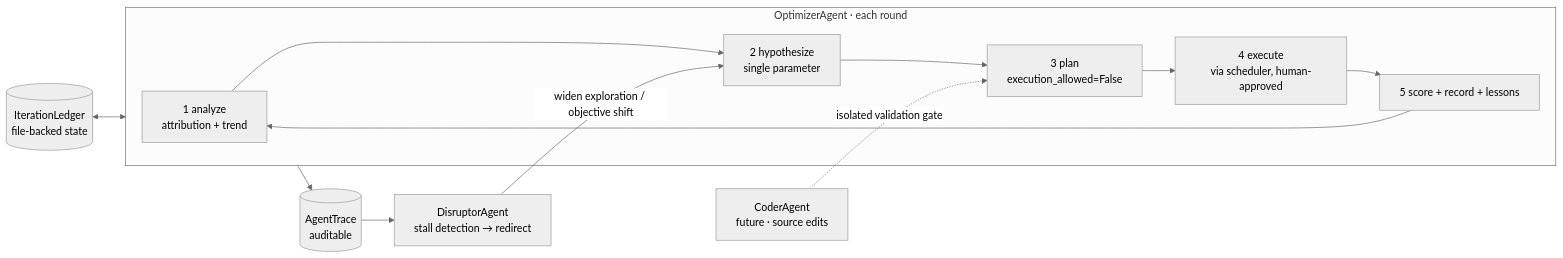
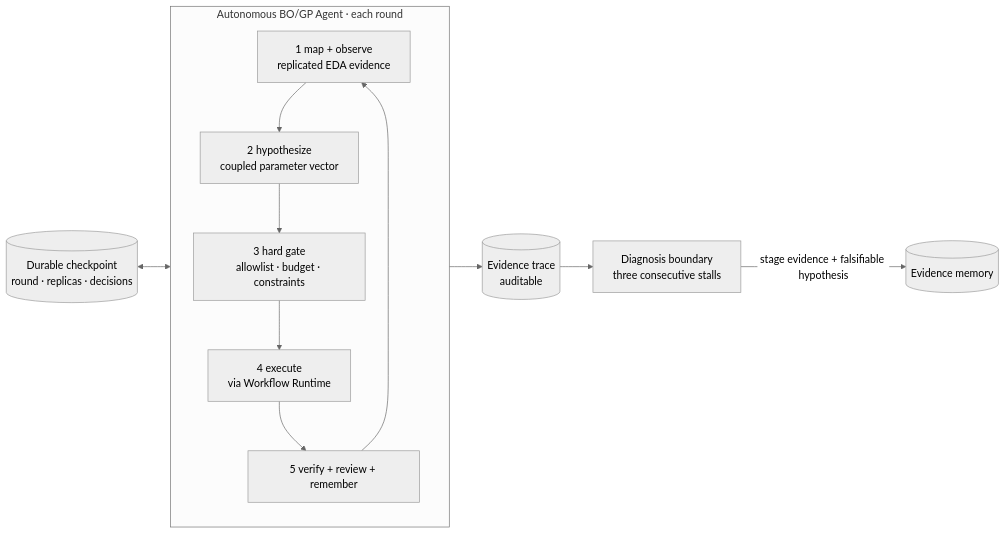
The second of 2 diagrams in README.md (yuan-fd/ChipEvolve), drawn with Mermaid (neutral theme) before and after one commit. The commit also changed other lines of this file and 109 other files, not shown here.

````diff
--- a/README.md
+++ b/README.md
@@ -53,15 +51,14 @@
 ```mermaid
 graph LR
-    subgraph Optimizer[OptimizerAgent · each round]
-        A1[1 analyze<br/>attribution + trend] --> A2[2 hypothesize<br/>single parameter]
-        A2 --> A3[3 plan<br/>execution_allowed=False]
-        A3 --> A4[4 execute<br/>via scheduler, human-approved]
-        A4 --> A5[5 score + record + lessons]
+    subgraph Optimizer[Autonomous BO/GP Agent · each round]
+        A1[1 map + observe<br/>replicated EDA evidence] --> A2[2 hypothesize<br/>coupled parameter vector]
+        A2 --> A3[3 hard gate<br/>allowlist · budget · constraints]
+        A3 --> A4[4 execute<br/>via Workflow Runtime]
+        A4 --> A5[5 verify + review + remember]
         A5 --> A1
     end
-    LG[(IterationLedger<br/>file-backed state)] <--> Optimizer
-    Optimizer --> TR[(AgentTrace<br/>auditable)]
-    TR --> D[DisruptorAgent<br/>stall detection → redirect]
-    D -->|widen exploration / objective shift| A2
-    C[CoderAgent<br/>future · source edits] -.->|isolated validation gate| A3
+    CP[(Durable checkpoint<br/>round · replicas · decisions)] <--> Optimizer
+    Optimizer --> TR[(Evidence trace<br/>auditable)]
+    TR --> D[Diagnosis boundary<br/>three consecutive stalls]
+    D -->|stage evidence + falsifiable hypothesis| MEM[(Evidence memory)]
 ```
````
